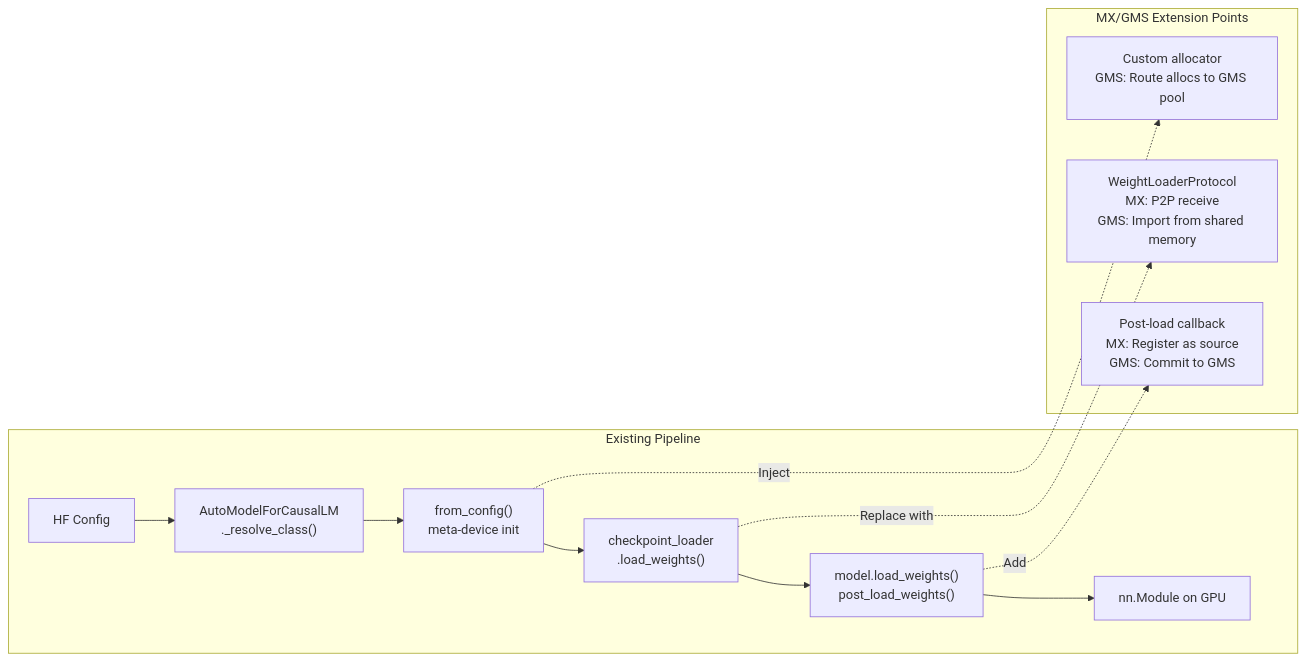
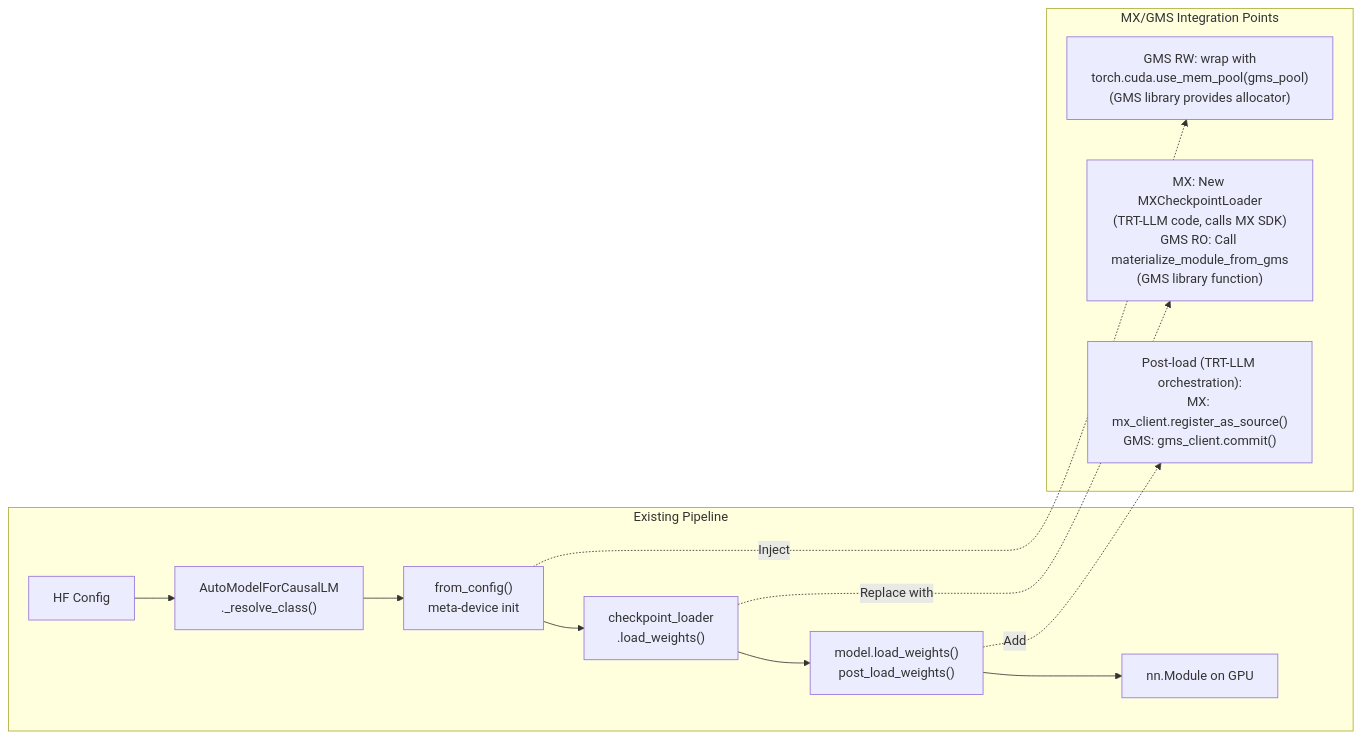
The fourth of 4 diagrams in docs/design/mx-gms-integration/03-architecture.md (chienchunhung/TensorRT-LLM), drawn with Mermaid before and after one commit. The commit also changed 5 other files, not shown here.

First line of the commit message:
[None][docs] Clarify TRT-LLM vs library ownership across MX/GMS design doc

````diff
--- a/docs/design/mx-gms-integration/03-architecture.md
+++ b/docs/design/mx-gms-integration/03-architecture.md
@@ -113,20 +113,20 @@
 ```mermaid
 flowchart LR
     subgraph "Existing Pipeline"
         A["HF Config"] --> B["AutoModelForCausalLM<br/>._resolve_class()"]
         B --> C["from_config()<br/>meta-device init"]
         C --> D["checkpoint_loader<br/>.load_weights()"]
         D --> E["model.load_weights()<br/>post_load_weights()"]
         E --> F["nn.Module on GPU"]
     end
 
-    subgraph "MX/GMS Extension Points"
-        D1["WeightLoaderProtocol<br/>MX: P2P receive<br/>GMS: Import from shared memory"]
-        D2["Post-load callback<br/>MX: Register as source<br/>GMS: Commit to GMS"]
-        D3["Custom allocator<br/>GMS: Route allocs to GMS pool"]
+    subgraph "MX/GMS Integration Points"
+        D1["MX: New MXCheckpointLoader<br/>(TRT-LLM code, calls MX SDK)<br/>GMS RO: Call materialize_module_from_gms<br/>(GMS library function)"]
+        D2["Post-load (TRT-LLM orchestration):<br/>MX: mx_client.register_as_source()<br/>GMS: gms_client.commit()"]
+        D3["GMS RW: wrap with<br/>torch.cuda.use_mem_pool(gms_pool)<br/>(GMS library provides allocator)"]
     end
 
     D -.->|"Replace with"| D1
     E -.->|"Add"| D2
     C -.->|"Inject"| D3
 ```
````
